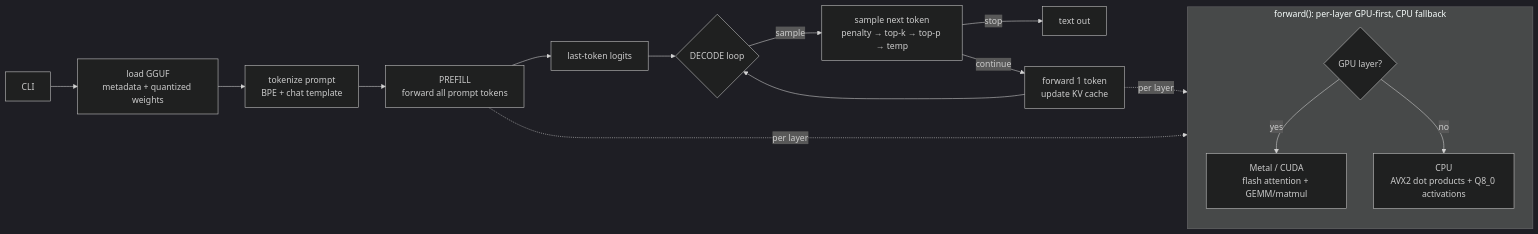
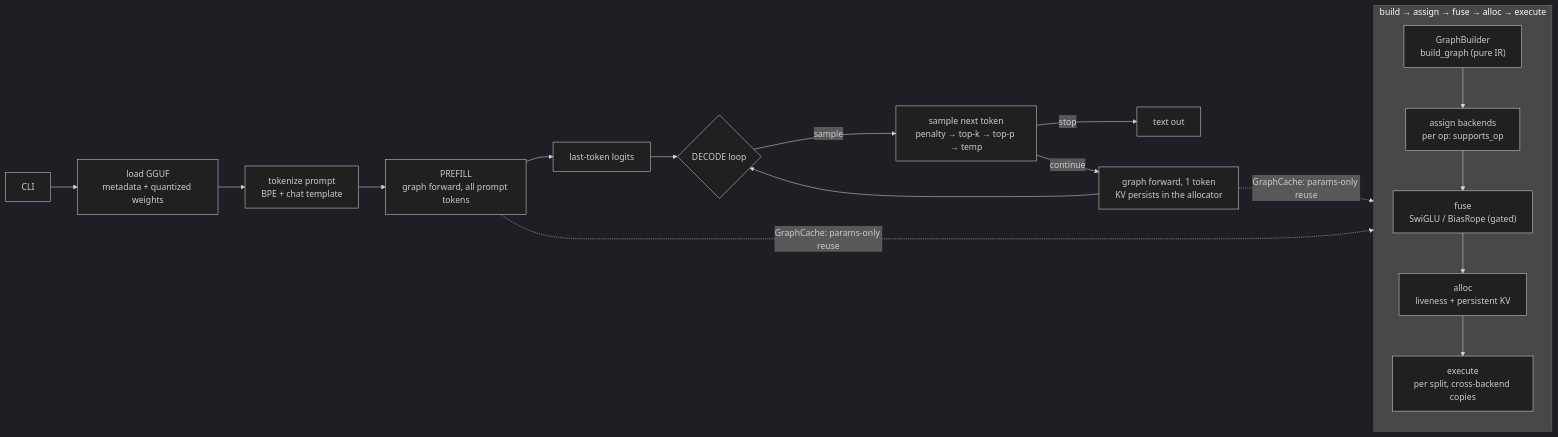
The diagram in README.md (yusiwen/minfer), drawn with Mermaid (dark theme) before and after one commit. The commit also changed other lines of this file, not shown here.

First line of the commit message:
docs(readme): reflect the compute-graph architecture

````diff
--- a/README.md
+++ b/README.md
@@ -122,20 +132,22 @@
 ```mermaid
 flowchart LR
-    subgraph FWD["forward(): per-layer GPU-first, CPU fallback"]
-        J{"GPU layer?"} -->|yes| K["Metal / CUDA<br/>flash attention + GEMM/matmul"]
-        J -->|no| L["CPU<br/>AVX2 dot products + Q8_0 activations"]
+    subgraph GRAPH["build → assign → fuse → alloc → execute"]
+        B1["GraphBuilder<br/>build_graph (pure IR)"] --> B2["assign backends<br/>per op: supports_op"]
+        B2 --> B3["fuse<br/>SwiGLU / BiasRope (gated)"]
+        B3 --> B4["alloc<br/>liveness + persistent KV"]
+        B4 --> B5["execute<br/>per split, cross-backend copies"]
     end
 
-    A["CLI"] --> B["load GGUF<br/>metadata + quantized weights"]
-    B --> C["tokenize prompt<br/>BPE + chat template"]
-    C --> D["PREFILL<br/>forward all prompt tokens"]
+    A["CLI"] --> L["load GGUF<br/>metadata + quantized weights"]
+    L --> C["tokenize prompt<br/>BPE + chat template"]
+    C --> D["PREFILL<br/>graph forward, all prompt tokens"]
     D --> E["last-token logits"]
     E --> F{"DECODE loop"}
     F -->|sample| G["sample next token<br/>penalty → top-k → top-p → temp"]
     G -->|stop| H["text out"]
-    G -->|continue| I["forward 1 token<br/>update KV cache"]
+    G -->|continue| I["graph forward, 1 token<br/>KV persists in the allocator"]
     I --> F
 
-    D -.->|per layer| FWD
-    I -.->|per layer| FWD
+    D -.->|"GraphCache: params-only reuse"| GRAPH
+    I -.->|"GraphCache: params-only reuse"| GRAPH
 ```
````
